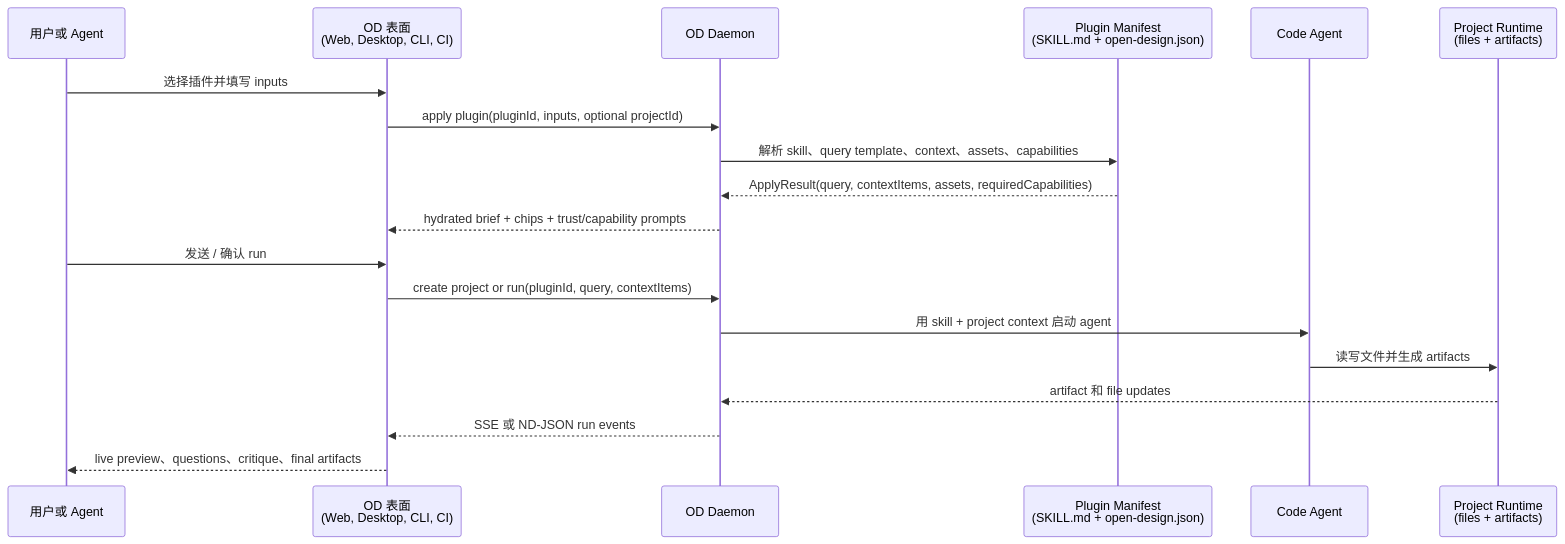
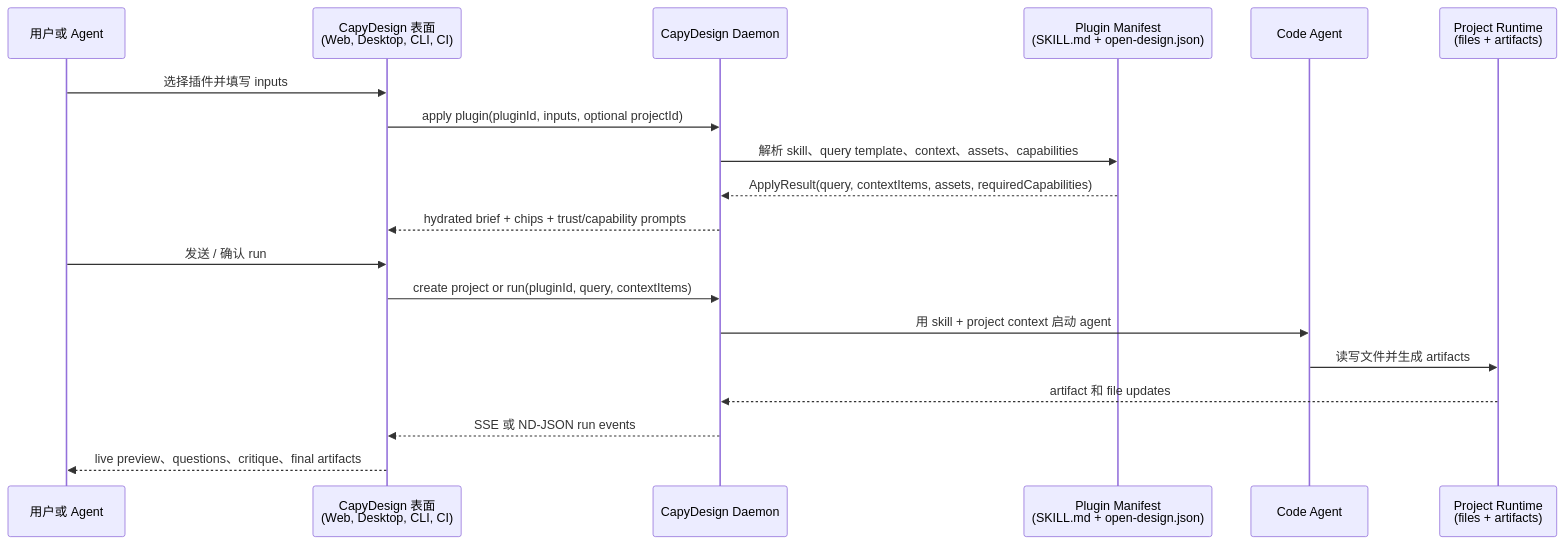
The first of 4 diagrams in docs/plugins-spec.zh-CN.md (unfoldingdimensions/open-design), drawn with Mermaid before and after one commit. The commit also changed other lines of this file and 57 other files, not shown here.

````diff
--- a/docs/plugins-spec.zh-CN.md
+++ b/docs/plugins-spec.zh-CN.md
@@ -35,22 +35,22 @@
 ```mermaid
 sequenceDiagram
   participant U as 用户或 Agent
-  participant S as OD 表面<br/>(Web, Desktop, CLI, CI)
-  participant D as OD Daemon
+  participant S as CapyDesign 表面<br/>(Web, Desktop, CLI, CI)
+  participant D as CapyDesign Daemon
   participant P as Plugin Manifest<br/>(SKILL.md + open-design.json)
   participant A as Code Agent
   participant R as Project Runtime<br/>(files + artifacts)
 
   U->>S: 选择插件并填写 inputs
   S->>D: apply plugin(pluginId, inputs, optional projectId)
   D->>P: 解析 skill、query template、context、assets、capabilities
   P-->>D: ApplyResult(query, contextItems, assets, requiredCapabilities)
   D-->>S: hydrated brief + chips + trust/capability prompts
   U->>S: 发送 / 确认 run
   S->>D: create project or run(pluginId, query, contextItems)
   D->>A: 用 skill + project context 启动 agent
   A->>R: 读写文件并生成 artifacts
   R-->>D: artifact 和 file updates
   D-->>S: SSE 或 ND-JSON run events
   S-->>U: live preview、questions、critique、final artifacts
 ```
````
